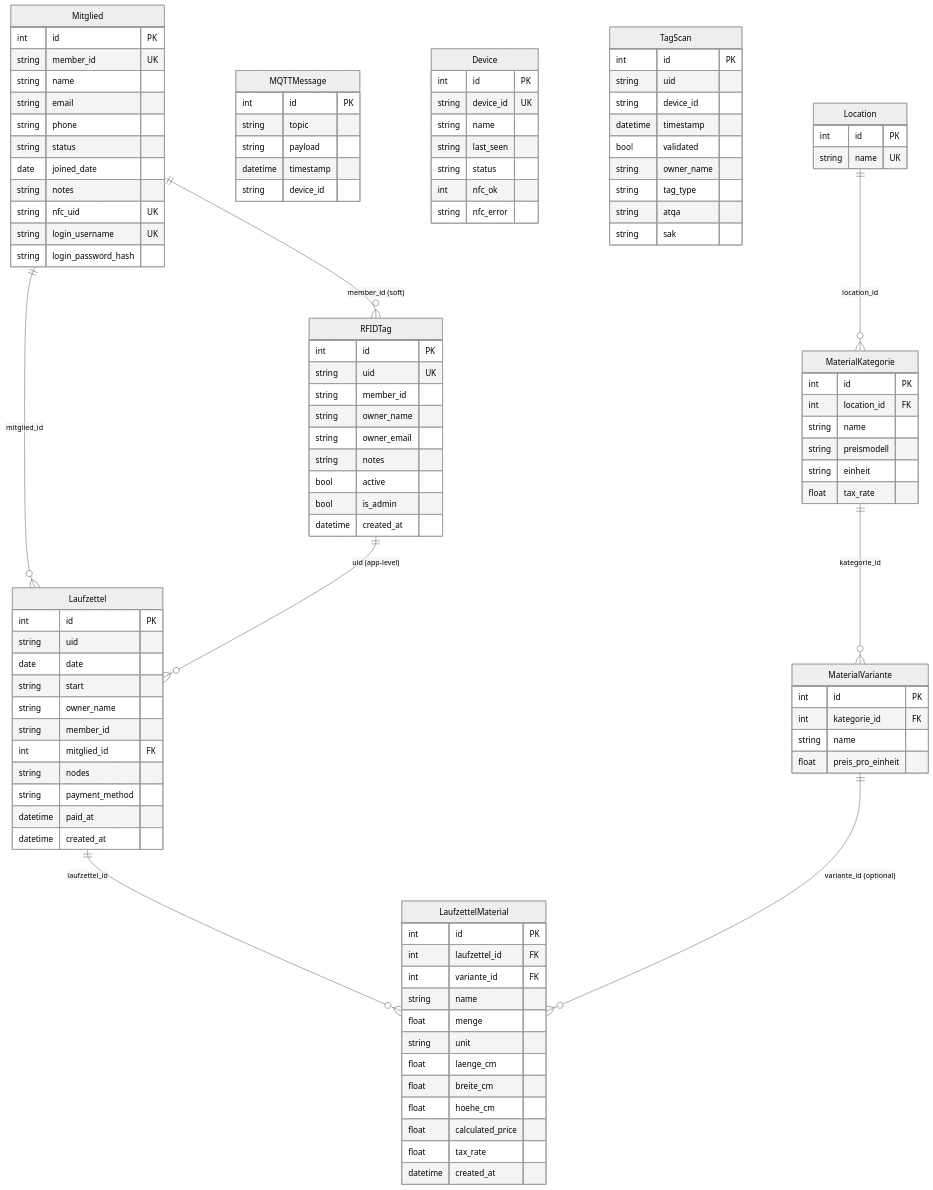
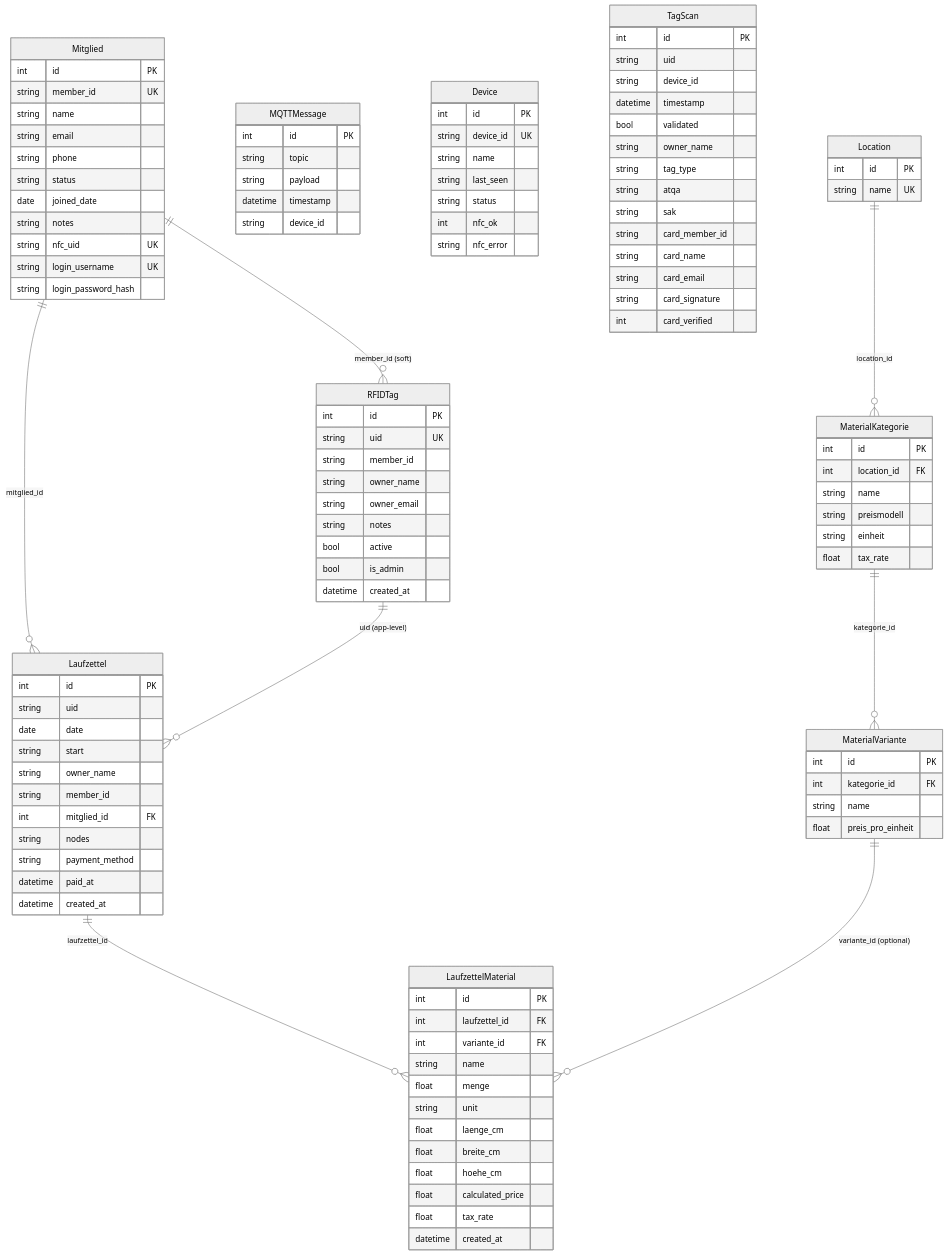
Before and after one commit to AlexErlewein/MakerPi_GroundControl: the first of 2 diagrams in docs/07-database-model.en.md, drawn with Mermaid (neutral theme). The commit also changed other lines of this file and 13 other files, not shown here.

```diff
--- a/docs/07-database-model.en.md
+++ b/docs/07-database-model.en.md
@@ -120,6 +120,11 @@
         string tag_type
         string atqa
         string sak
+        string card_member_id
+        string card_name
+        string card_email
+        string card_signature
+        int card_verified
     }
     Mitglied {
         int id PK
```
